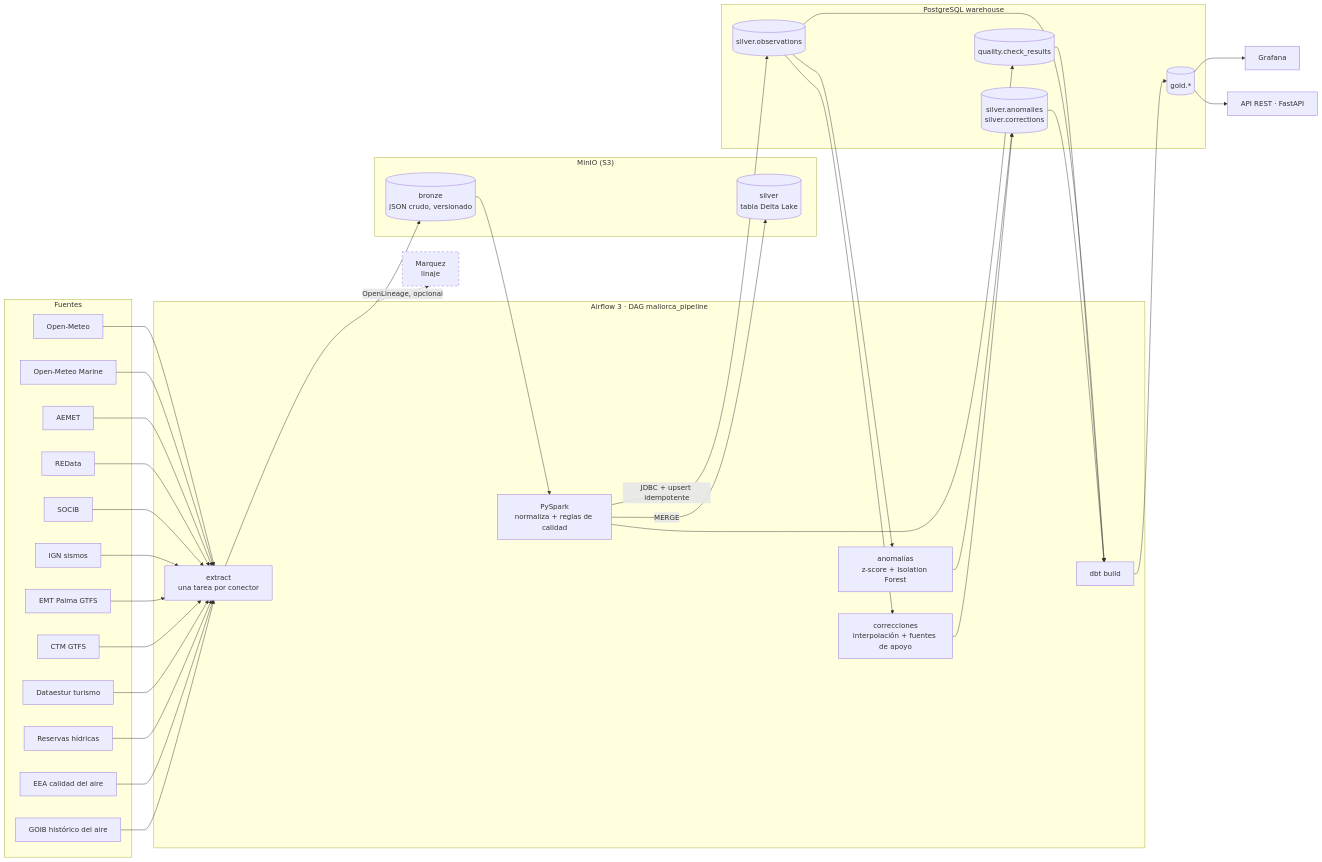
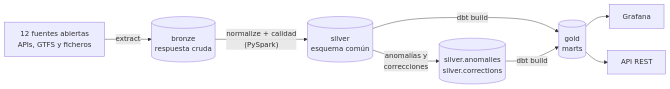
Before and after one commit to AlexandreColl/MallorcaDataPlatform: the diagram in README.md, drawn with Mermaid. The commit also changed other lines of this file and 2 other files, not shown here.

Commit message:
📝 docs: simplify the architecture diagrams

````diff
--- a/README.md
+++ b/README.md
@@ -24,44 +24,9 @@
 ```mermaid
 flowchart LR
-    subgraph Fuentes
-        OM[Open-Meteo]
-        OMM[Open-Meteo Marine]
-        AE[AEMET]
-        RD[REData]
-        SO[SOCIB]
-        IG[IGN sismos]
-        EM[EMT Palma GTFS]
-        CT[CTM GTFS]
-        DE[Dataestur turismo]
-        WR[Reservas hídricas]
-        EA[EEA calidad del aire]
-        GO[GOIB histórico del aire]
-    end
-    subgraph Airflow["Airflow 3 · DAG mallorca_pipeline"]
-        EX[extract<br/>una tarea por conector]
-        SP[PySpark<br/>normaliza + reglas de calidad]
-        AN[anomalías<br/>z-score + Isolation Forest]
-        CO[correcciones<br/>interpolación + fuentes de apoyo]
-        DBT[dbt build]
-    end
-    subgraph MinIO["MinIO (S3)"]
-        BR[(bronze<br/>JSON crudo, versionado)]
-        SL[(silver<br/>tabla Delta Lake)]
-    end
-    subgraph PG[PostgreSQL warehouse]
-        SV[(silver.observations)]
-        QC[(quality.check_results)]
-        AC[(silver.anomalies<br/>silver.corrections)]
-        GD[(gold.*)]
-    end
-    OM & OMM & AE & RD & SO & IG & EM & CT & DE & WR & EA & GO --> EX --> BR --> SP
-    SP -->|MERGE| SL
-    SP -->|JDBC + upsert idempotente| SV
-    SP --> QC
-    SV --> AN --> AC
-    SV --> CO --> AC
-    SV & QC & AC --> DBT --> GD --> GF[Grafana]
-    GD --> API[API REST · FastAPI]
-    Airflow -.->|OpenLineage, opcional| MQ[Marquez<br/>linaje]:::next
-    classDef next stroke-dasharray: 5 5
+    SRC["12 fuentes abiertas<br/>APIs, GTFS y ficheros"] -->|extract| BR[("bronze<br/>respuesta cruda")]
+    BR -->|"normalize + calidad<br/>(PySpark)"| SL[("silver<br/>esquema común")]
+    SL -->|"anomalías y<br/>correcciones"| AC[("silver.anomalies<br/>silver.corrections")]
+    SL & AC -->|dbt build| GD[("gold<br/>marts")]
+    GD --> GF[Grafana]
+    GD --> API[API REST]
 ```
````
